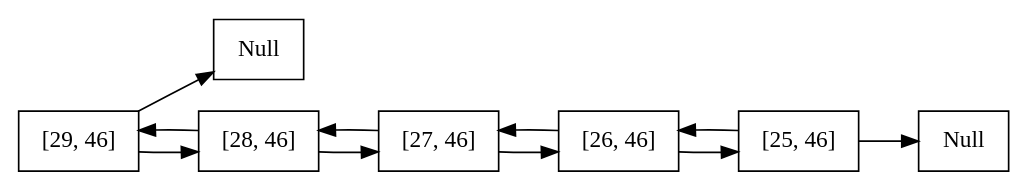
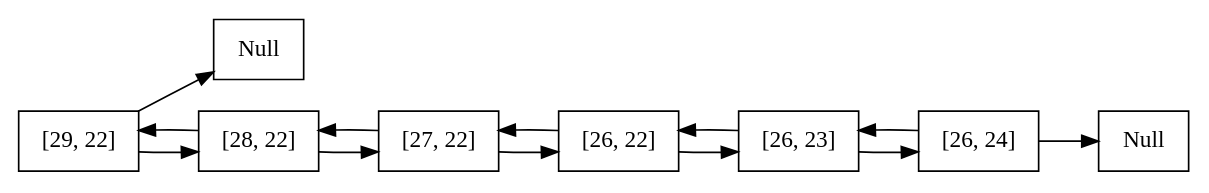
The diagram in DoublyLinkedList.dot (deathstroke021/EDD_1S2019_P1_201503961), drawn with Graphviz before and after one commit. The commit also changed 8 other files, not shown here.

```diff
--- a/DoublyLinkedList.dot
+++ b/DoublyLinkedList.dot
@@ -1,21 +1,24 @@
 digraph firsGraph{
 node [shape=record];
 rankdir=LR;
 node0 [label=" Null " pos = "0,0!"  ];
-node1 [label=" [29, 46] " pos = "1.2,0!" ];
+node1 [label=" [29, 22] " pos = "1.2,0!" ];
 node1 -> node2;
 node1 -> node0;
-node2 [label=" [28, 46] " pos = "2.4,0!" ];
+node2 [label=" [28, 22] " pos = "2.4,0!" ];
 node2 -> node3;
 node2 -> node1;
-node3 [label=" [27, 46] " pos = "3.5999999999999996,0!" ];
+node3 [label=" [27, 22] " pos = "3.5999999999999996,0!" ];
 node3 -> node4;
 node3 -> node2;
-node4 [label=" [26, 46] " pos = "4.8,0!" ];
+node4 [label=" [26, 22] " pos = "4.8,0!" ];
 node4 -> node5;
 node4 -> node3;
-node5 [label=" [25, 46] " pos = "6.0,0!" ];
+node5 [label=" [26, 23] " pos = "6.0,0!" ];
+node5 -> node6;
 node5 -> node4;
-node6 [label=" Null " pos = "7.199999999999999,0!" ];
-node5 -> node6;
+node6 [label=" [26, 24] " pos = "7.2,0!" ];
+node6 -> node5;
+node7 [label=" Null " pos = "8.4,0!" ];
+node6 -> node7;
 }
```
